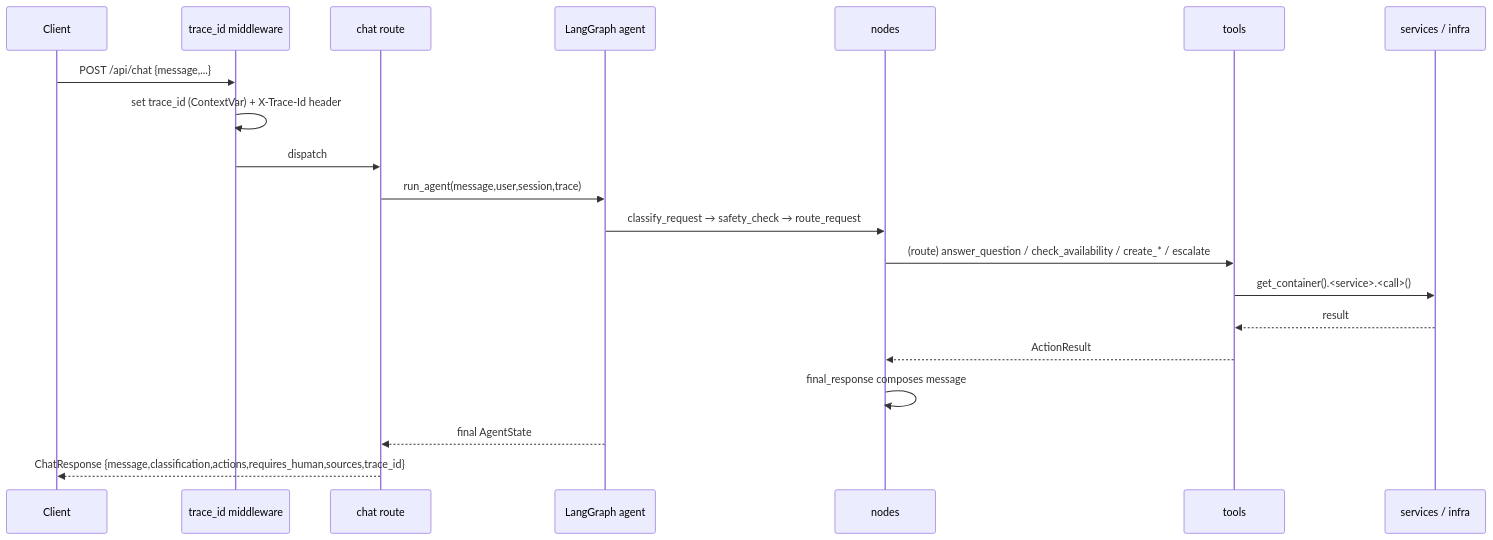
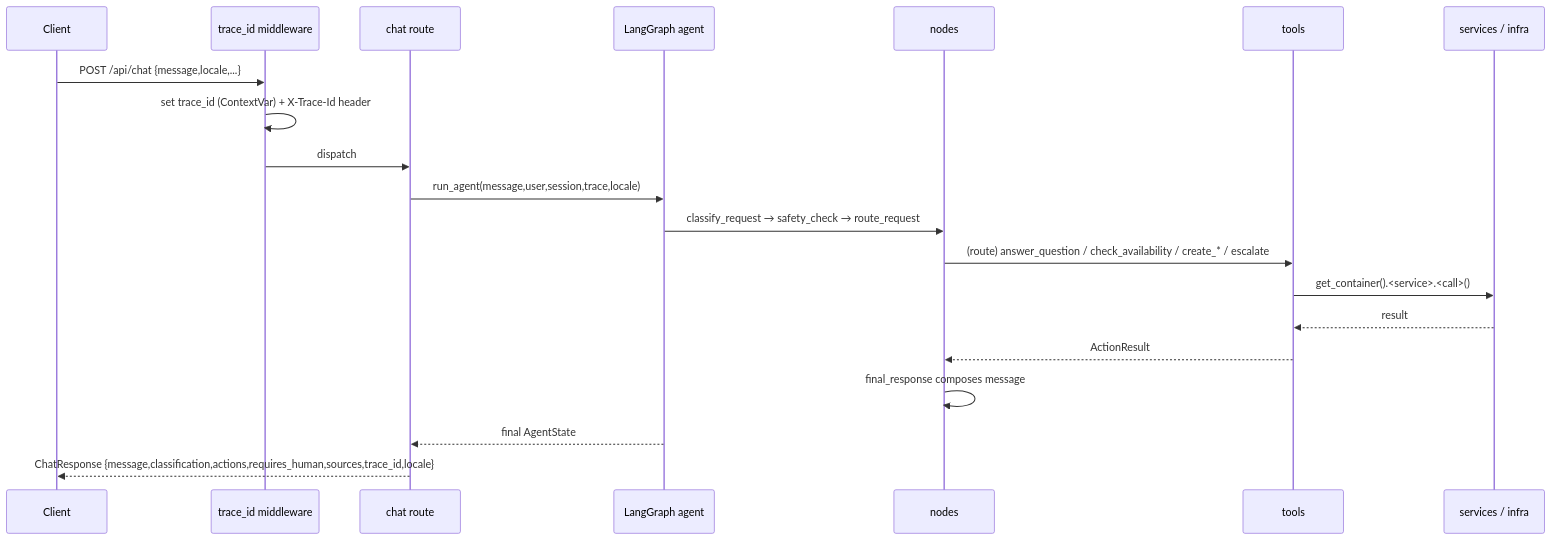
The diagram in .github/CODEBASE_MAP.md (etonealbert/doc-helper-ai-agent), drawn with Mermaid before and after one commit. The commit also changed other lines of this file and 29 other files, not shown here.

````diff
--- a/.github/CODEBASE_MAP.md
+++ b/.github/CODEBASE_MAP.md
@@ -153,23 +155,23 @@
 ```mermaid
 sequenceDiagram
     participant C as Client
     participant MW as trace_id middleware
     participant R as chat route
     participant G as LangGraph agent
     participant N as nodes
     participant T as tools
     participant S as services / infra
 
-    C->>MW: POST /api/chat {message,...}
+    C->>MW: POST /api/chat {message,locale,...}
     MW->>MW: set trace_id (ContextVar) + X-Trace-Id header
     MW->>R: dispatch
-    R->>G: run_agent(message,user,session,trace)
+    R->>G: run_agent(message,user,session,trace,locale)
     G->>N: classify_request → safety_check → route_request
     N->>T: (route) answer_question / check_availability / create_* / escalate
     T->>S: get_container().<service>.<call>()
     S-->>T: result
     T-->>N: ActionResult
     N->>N: final_response composes message
     G-->>R: final AgentState
-    R-->>C: ChatResponse {message,classification,actions,requires_human,sources,trace_id}
+    R-->>C: ChatResponse {message,classification,actions,requires_human,sources,trace_id,locale}
 ```
````
